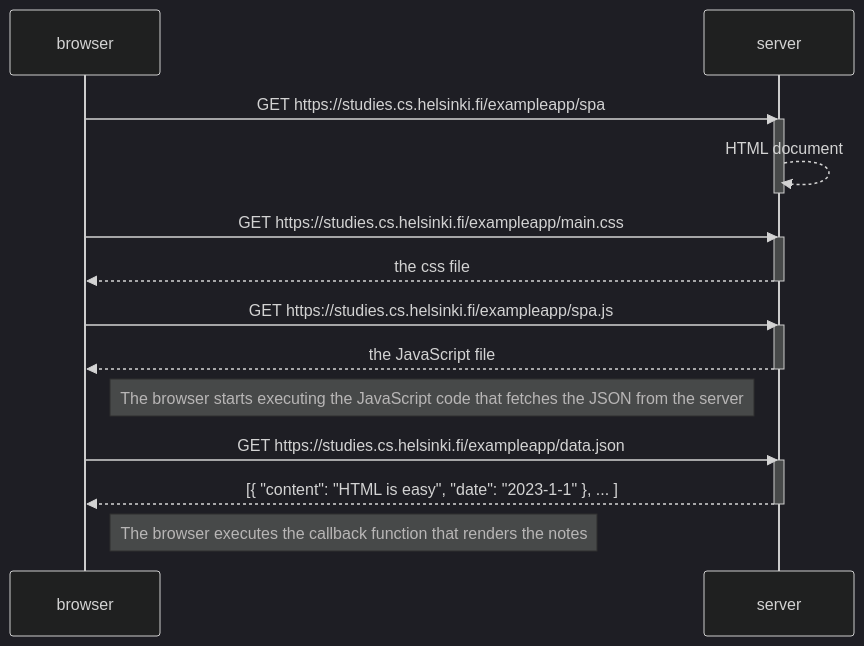
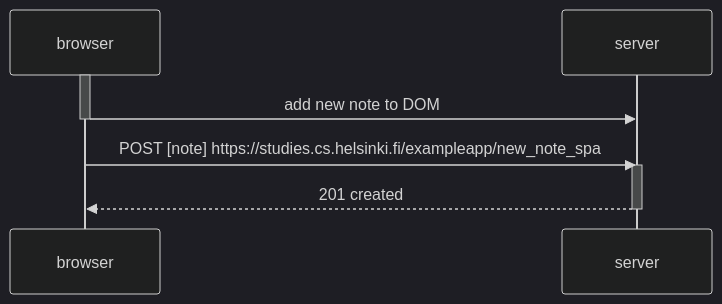
Before and after one commit to aralids/UHelsinki-FullStack-Solutions: the diagram in part0/0-6.mmd, drawn with Mermaid (dark theme).

```diff
--- a/part0/0-6.mmd
+++ b/part0/0-6.mmd
@@ -1,27 +1,12 @@
 sequenceDiagram
     participant browser
     participant server
 
-    browser->>server: GET https://studies.cs.helsinki.fi/exampleapp/spa
+    activate browser
+    browser->>server: add new note to DOM
+    deactivate browser
+
+    browser->>server: POST [note] https://studies.cs.helsinki.fi/exampleapp/new_note_spa
     activate server
-    server-->>server: HTML document
+    server-->>browser: 201 created
     deactivate server
-
-    browser->>server: GET https://studies.cs.helsinki.fi/exampleapp/main.css
-    activate server
-    server-->>browser: the css file
-    deactivate server
-
-    browser->>server: GET https://studies.cs.helsinki.fi/exampleapp/spa.js
-    activate server
-    server-->>browser: the JavaScript file
-    deactivate server
-
-    Note right of browser: The browser starts executing the JavaScript code that fetches the JSON from the server
-
-    browser->>server: GET https://studies.cs.helsinki.fi/exampleapp/data.json
-    activate server
-    server-->>browser: [{ "content": "HTML is easy", "date": "2023-1-1" }, ... ]
-    deactivate server
-
-    Note right of browser: The browser executes the callback function that renders the notes
```
